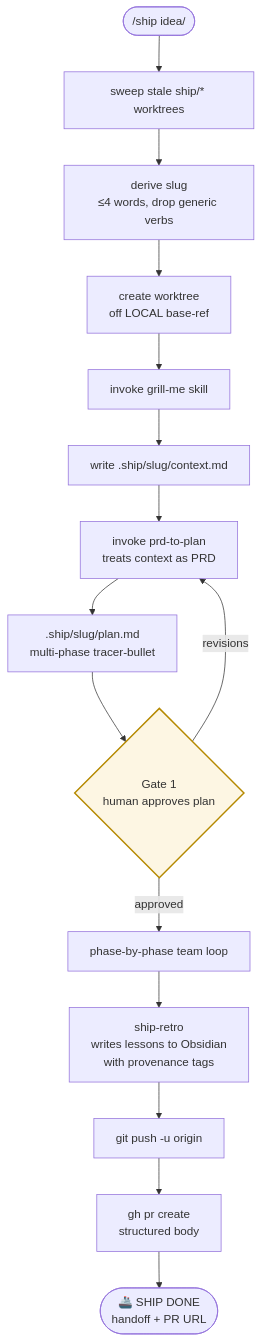
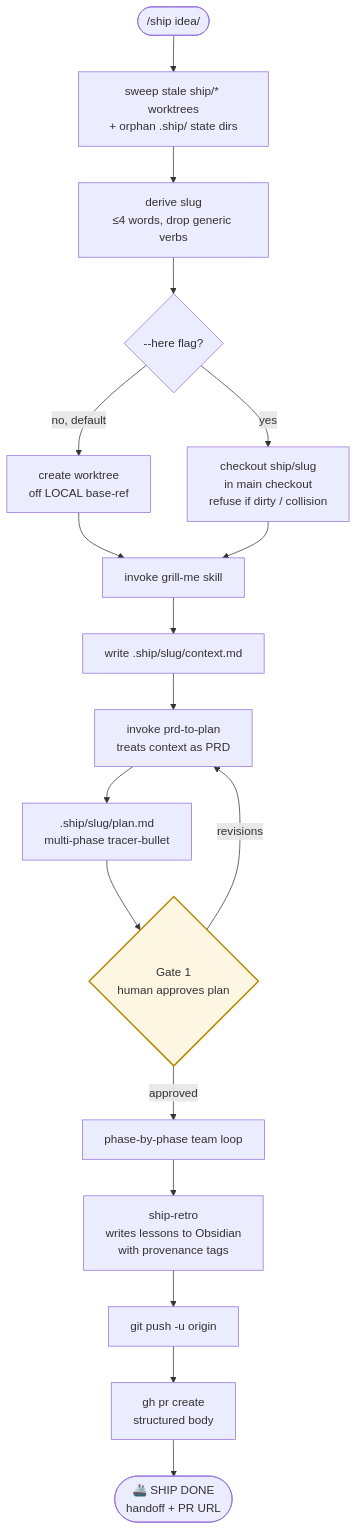
One commit to aliaksei-loi/ship changed the second of 4 diagrams in ARCHITECTURE.md. Above: the diagram before and after it, drawn with Mermaid. The commit also changed other lines of this file and 2 other files, not shown here.

First line of the commit message:
feat: add --here mode for in-place ship runs

````diff
--- a/ARCHITECTURE.md
+++ b/ARCHITECTURE.md
@@ -72,20 +72,23 @@
 ```mermaid
 flowchart TD
-    Idea([/ship idea/]) --> Sweep[sweep stale ship/* worktrees]
+    Idea([/ship idea/]) --> Sweep[sweep stale ship/* worktrees<br/>+ orphan .ship/ state dirs]
     Sweep --> Slug[derive slug<br/>≤4 words, drop generic verbs]
-    Slug --> Wt[create worktree<br/>off LOCAL base-ref]
+    Slug --> Mode{--here flag?}
+    Mode -->|no, default| Wt[create worktree<br/>off LOCAL base-ref]
+    Mode -->|yes| Here[checkout ship/slug<br/>in main checkout<br/>refuse if dirty / collision]
     Wt --> Grill[invoke grill-me skill]
+    Here --> Grill
     Grill --> Ctx[write .ship/slug/context.md]
     Ctx --> Plan[invoke prd-to-plan<br/>treats context as PRD]
     Plan --> PlanFile[.ship/slug/plan.md<br/>multi-phase tracer-bullet]
     PlanFile --> Gate{Gate 1<br/>human approves plan}
     Gate -->|revisions| Plan
     Gate -->|approved| Loop[phase-by-phase team loop]
     Loop --> Retro[ship-retro<br/>writes lessons to Obsidian<br/>with provenance tags]
     Retro --> Push[git push -u origin]
     Push --> PR[gh pr create<br/>structured body]
     PR --> Done([🚢 SHIP DONE<br/>handoff + PR URL])
 
     classDef gate fill:#fdf6e3,stroke:#b58900,stroke-width:2px
     class Gate gate
 ```
````
